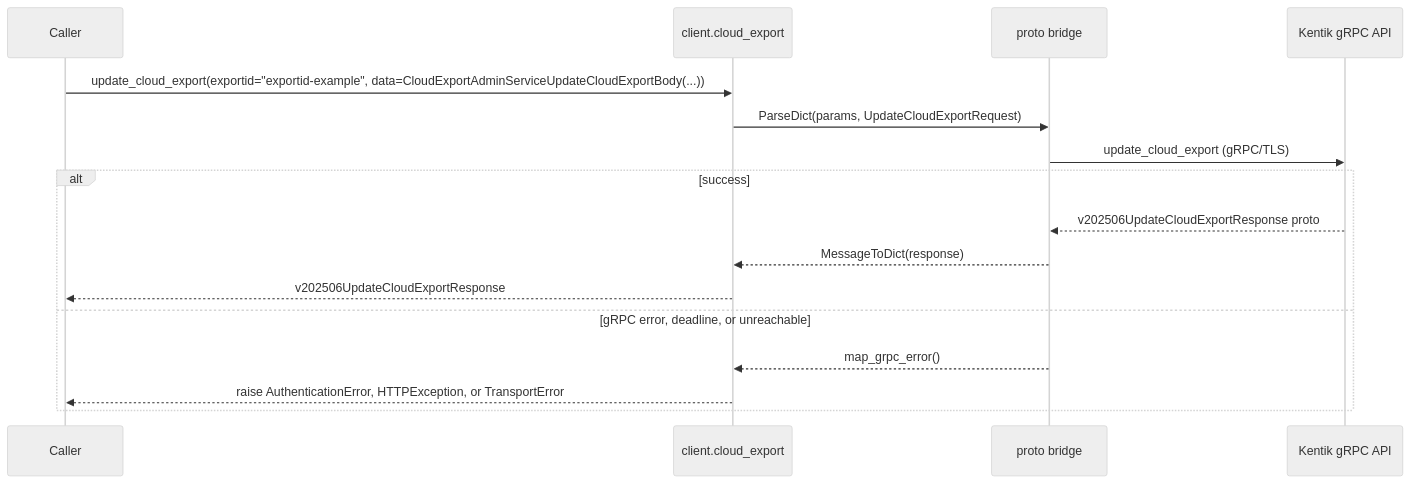
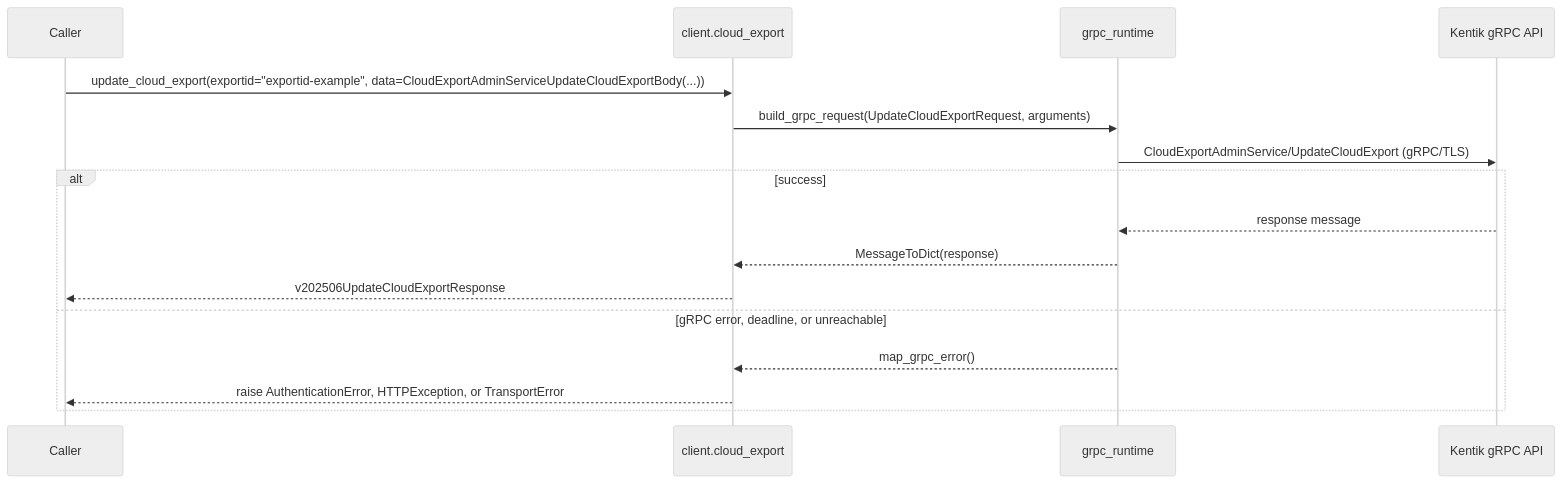
The ninth of 12 diagrams in docs/sphinx/services/cloud_export.md (alexdearaujo/community_sdk_python), drawn with Mermaid (neutral theme) before and after one commit. The commit also changed other lines of this file and 37 other files, not shown here.

First line of the commit message:
docs: show the real RPC in each service page's gRPC diagram

````diff
--- a/docs/sphinx/services/cloud_export.md
+++ b/docs/sphinx/services/cloud_export.md
@@ -279,19 +279,19 @@
 ```mermaid
 sequenceDiagram
     participant C as Caller
     participant W as client.cloud_export
-    participant B as proto bridge
+    participant R as grpc_runtime
     participant API as Kentik gRPC API
 
     C->>W: update_cloud_export(exportid="exportid-example", data=CloudExportAdminServiceUpdateCloudExportBody(...))
-    W->>B: ParseDict(params, UpdateCloudExportRequest)
-    B->>API: update_cloud_export (gRPC/TLS)
+    W->>R: build_grpc_request(UpdateCloudExportRequest, arguments)
+    R->>API: CloudExportAdminService/UpdateCloudExport (gRPC/TLS)
     alt success
-        API-->>B: v202506UpdateCloudExportResponse proto
-        B-->>W: MessageToDict(response)
+        API-->>R: response message
+        R-->>W: MessageToDict(response)
         W-->>C: v202506UpdateCloudExportResponse
     else gRPC error, deadline, or unreachable
-        B-->>W: map_grpc_error()
+        R-->>W: map_grpc_error()
         W-->>C: raise AuthenticationError, HTTPException, or TransportError
     end
 ```
````
